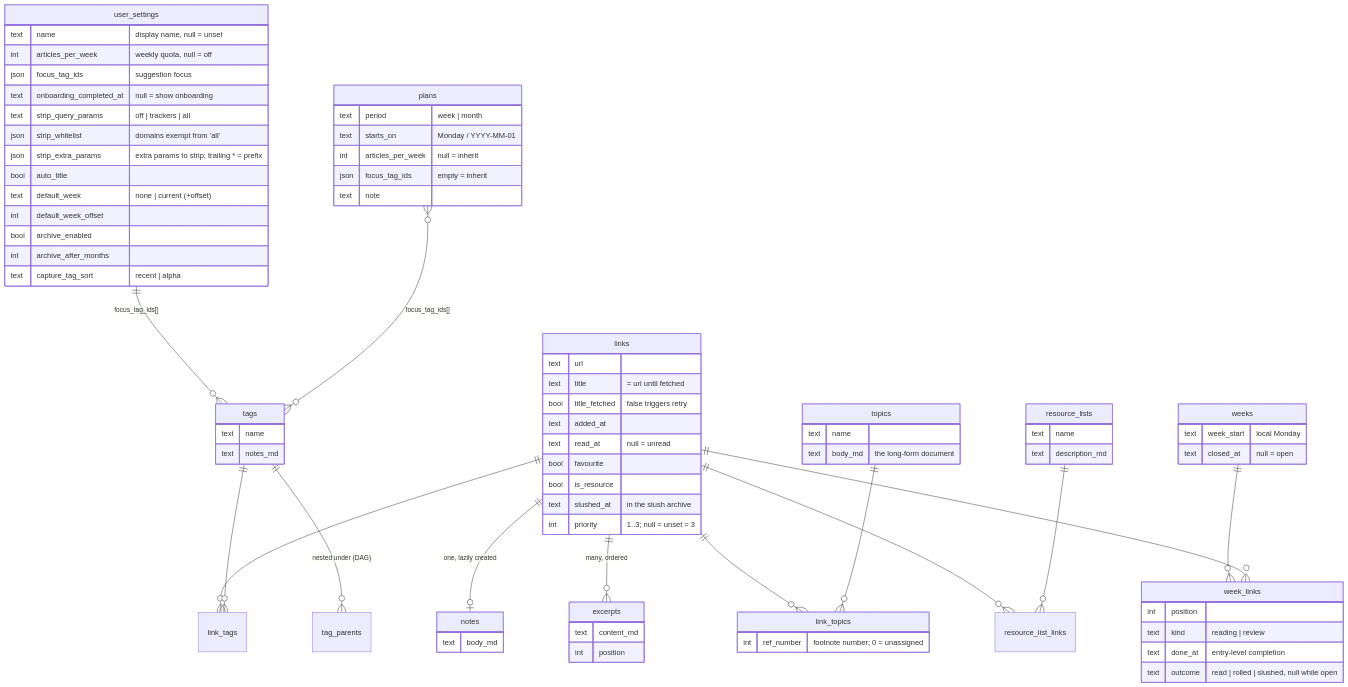
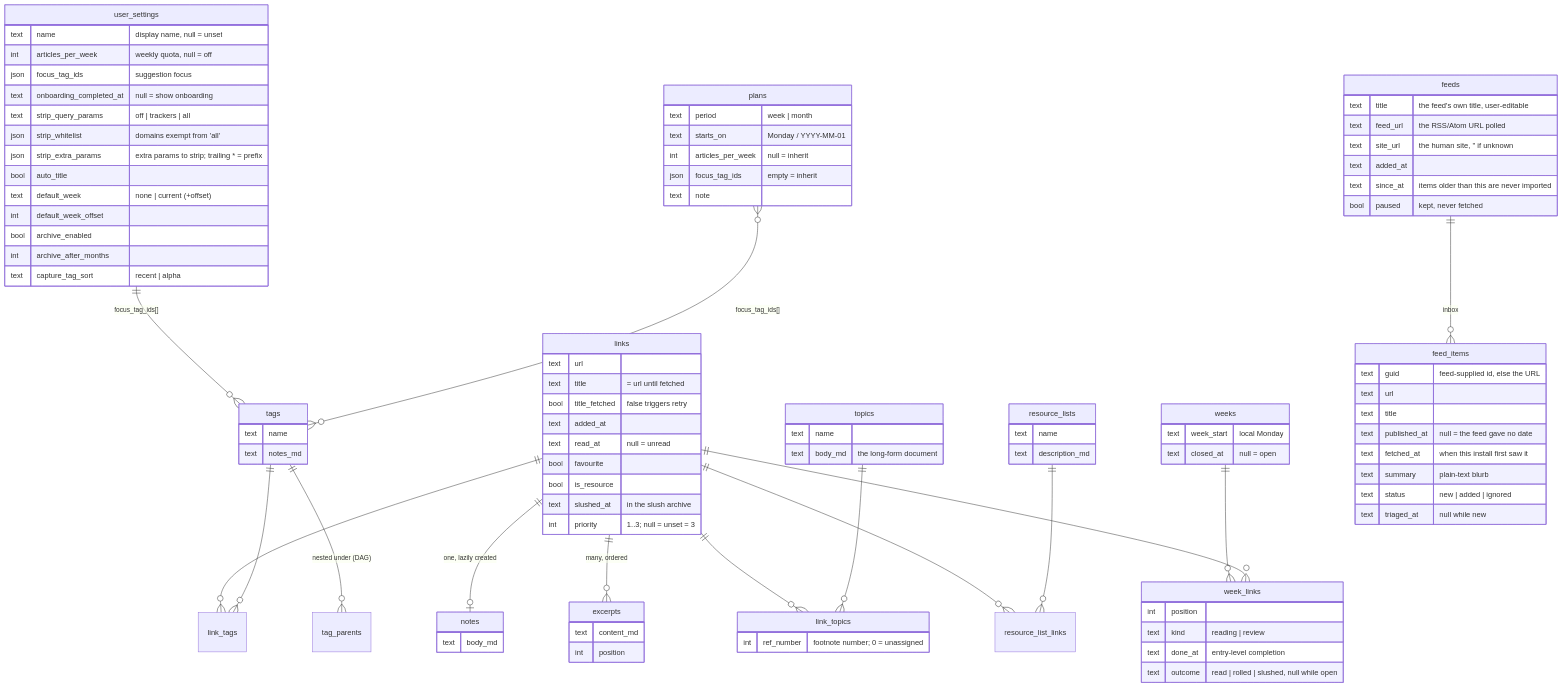
Before and after one commit to Kieran-s-Artisnal-Slop-Factory/readerr: the first of 2 diagrams in docs/dev/data-model.md, drawn with Mermaid. The commit also changed other lines of this file and 40 other files, not shown here.

````diff
--- a/docs/dev/data-model.md
+++ b/docs/dev/data-model.md
@@ -57,6 +57,7 @@
     resource_lists ||--o{ resource_list_links : ""
     weeks ||--o{ week_links : ""
     links ||--o{ week_links : ""
+    feeds ||--o{ feed_items : "inbox"
 
     user_settings {
         text name "display name, null = unset"
@@ -109,4 +110,22 @@
         text done_at "entry-level completion"
         text outcome "read | rolled | slushed, null while open"
     }
+    feeds {
+        text title "the feed's own title, user-editable"
+        text feed_url "the RSS/Atom URL polled"
+        text site_url "the human site, '' if unknown"
+        text added_at
+        text since_at "items older than this are never imported"
+        bool paused "kept, never fetched"
+    }
+    feed_items {
+        text guid "feed-supplied id, else the URL"
+        text url
+        text title
+        text published_at "null = the feed gave no date"
+        text fetched_at "when this install first saw it"
+        text summary "plain-text blurb"
+        text status "new | added | ignored"
+        text triaged_at "null while new"
+    }
 ```
````
